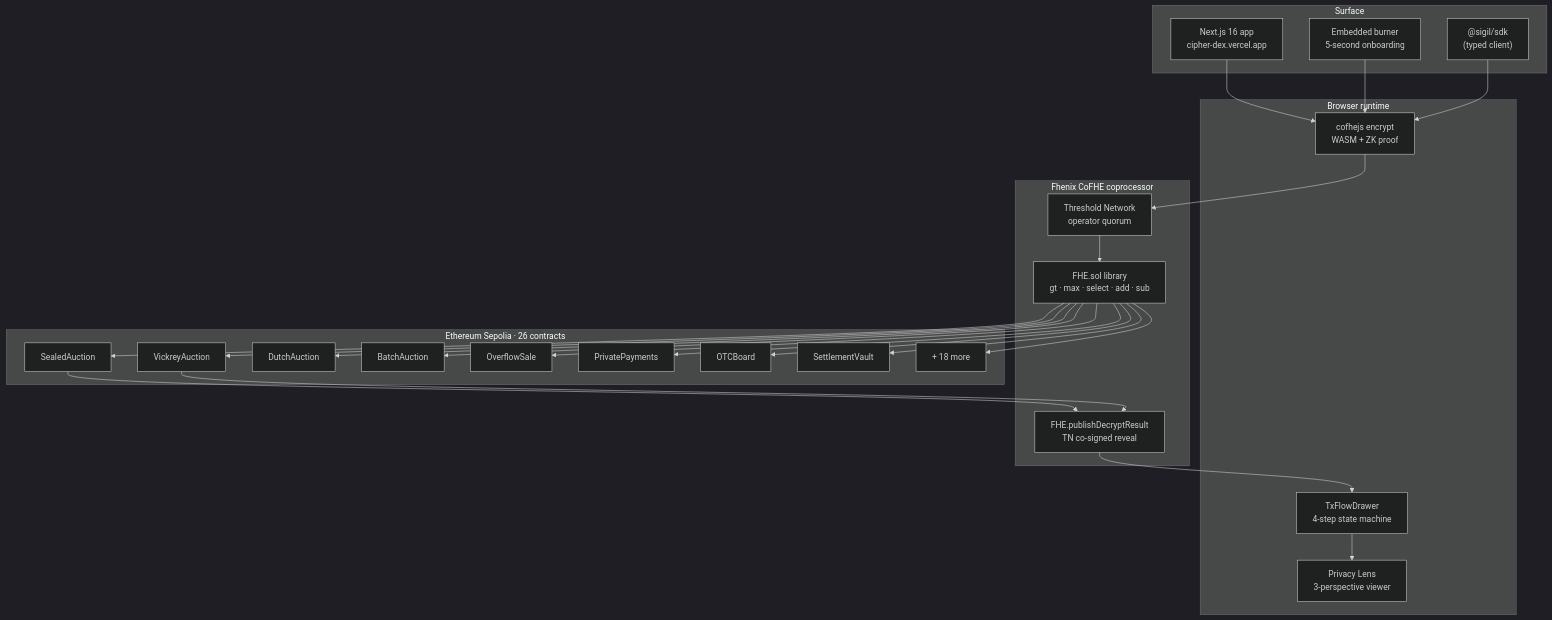
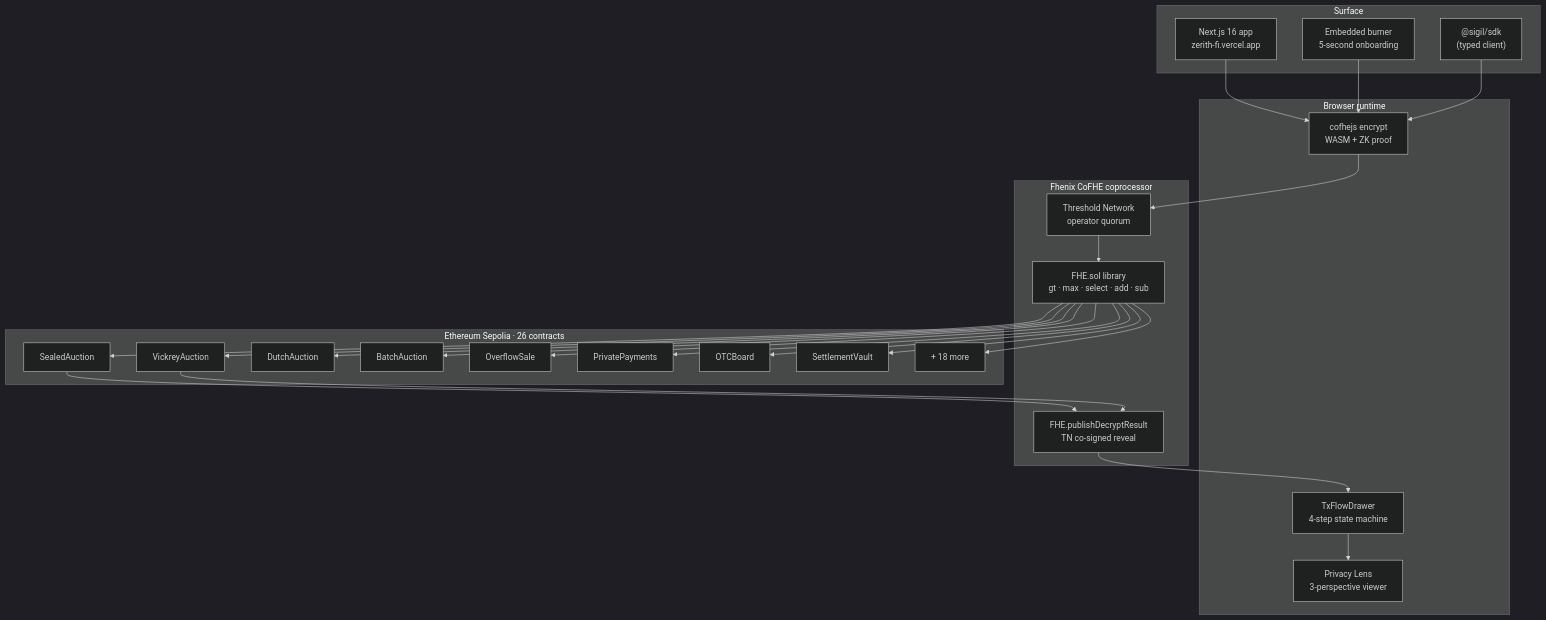
One commit to Ritik200238/CipherDEX changed the second of 2 diagrams in README.md. Above: the diagram before and after it, drawn with Mermaid (dark theme). The commit also changed other lines of this file and 2 other files, not shown here.

First line of the commit message:
chore: switch canonical URL to zerith-fi.vercel.app

````diff
--- a/README.md
+++ b/README.md
@@ -148,51 +148,51 @@
 ```mermaid
 flowchart TB
   subgraph Surface["Surface"]
-    UI["Next.js 16 app<br/>cipher-dex.vercel.app"]
+    UI["Next.js 16 app<br/>zerith-fi.vercel.app"]
     Burner["Embedded burner<br/>5-second onboarding"]
     SDK["@sigil/sdk<br/>(typed client)"]
   end
 
   subgraph Runtime["Browser runtime"]
     Enc["cofhejs encrypt<br/>WASM + ZK proof"]
     Tx["TxFlowDrawer<br/>4-step state machine"]
     Lens["Privacy Lens<br/>3-perspective viewer"]
   end
 
   subgraph Fhenix["Fhenix CoFHE coprocessor"]
     TN["Threshold Network<br/>operator quorum"]
     Lib["FHE.sol library<br/>gt · max · select · add · sub"]
     Decrypt["FHE.publishDecryptResult<br/>TN co-signed reveal"]
   end
 
   subgraph Chain["Ethereum Sepolia · 26 contracts"]
     SA["SealedAuction"]
     VA["VickreyAuction"]
     DA["DutchAuction"]
     BA["BatchAuction"]
     OS["OverflowSale"]
     PP["PrivatePayments"]
     OTC["OTCBoard"]
     SV["SettlementVault"]
     Plus["+ 18 more"]
   end
 
   UI --> Enc
   Burner --> Enc
   SDK --> Enc
   Enc --> TN
   TN --> Lib
   Lib --> SA
   Lib --> VA
   Lib --> DA
   Lib --> BA
   Lib --> OS
   Lib --> PP
   Lib --> OTC
   Lib --> SV
   Lib --> Plus
   SA --> Decrypt
   VA --> Decrypt
   Decrypt --> Tx
   Tx --> Lens
 ```
````
